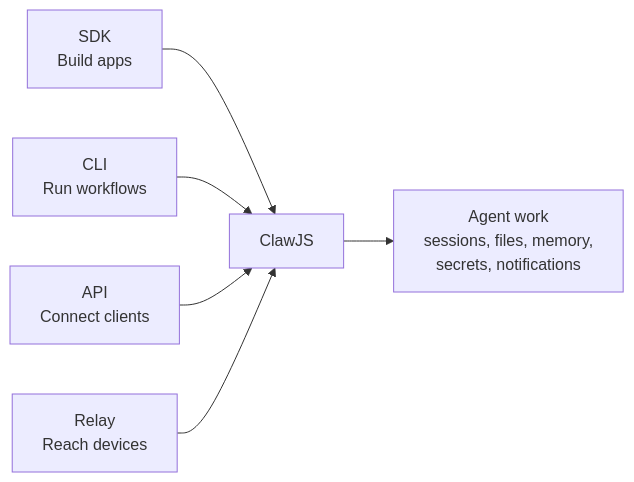
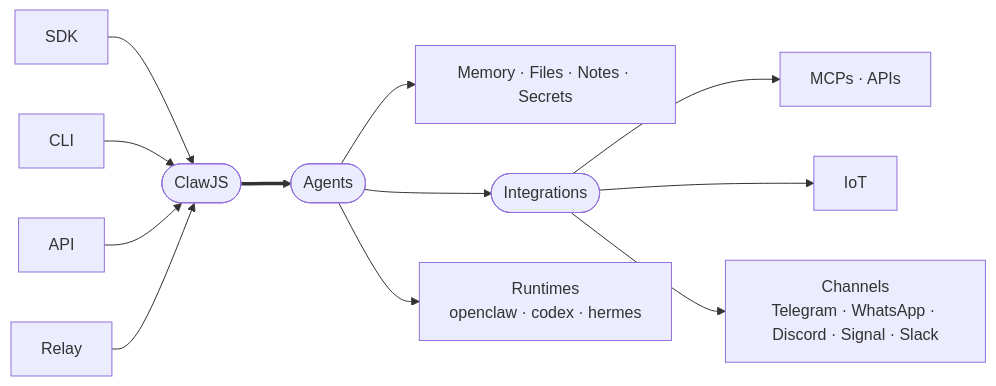
Before and after one commit to clawic/claw.js: the diagram in README.md, drawn with Mermaid. The commit also changed other lines of this file, not shown here.

````diff
--- a/README.md
+++ b/README.md
@@ -28,8 +27,14 @@
 ```mermaid
 flowchart LR
-  sdk["SDK\nBuild apps"] --> claw["ClawJS"]
-  cli["CLI\nRun workflows"] --> claw
-  api["API\nConnect clients"] --> claw
-  relay["Relay\nReach devices"] --> claw
-  claw --> work["Agent work\nsessions, files, memory,\nsecrets, notifications"]
+  sdk["SDK"] --> claw
+  cli["CLI"] --> claw
+  api["API"] --> claw
+  relay["Relay"] --> claw
+  claw(["ClawJS"]) ==> agents(["Agents"])
+  agents --> data["Memory · Files · Notes · Secrets"]
+  agents --> ext(["Integrations"])
+  agents --> rt["Runtimes<br/>openclaw · codex · hermes"]
+  ext --> mcp["MCPs · APIs"]
+  ext --> iot["IoT"]
+  ext --> channels["Channels<br/>Telegram · WhatsApp · Discord · Signal · Slack"]
 ```
````
